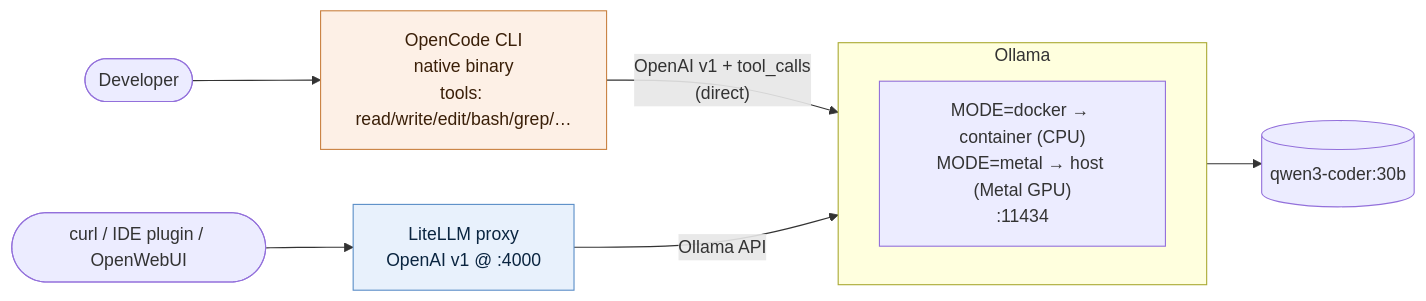
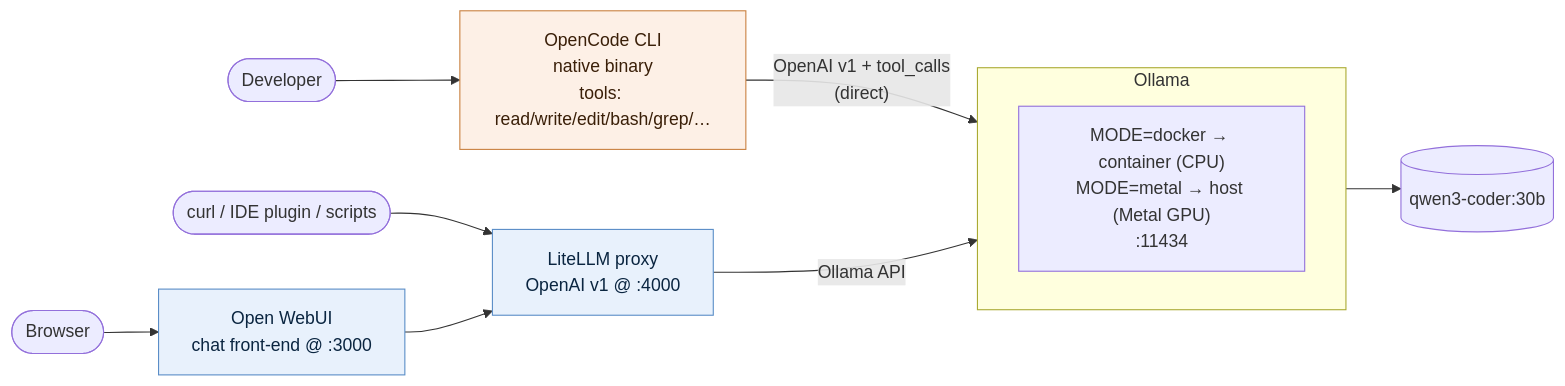
Before and after one commit to binRick/maude: the diagram in README.md, drawn with Mermaid. The commit also changed other lines of this file and 5 other files, not shown here.

First line of the commit message:
Add Open WebUI chat front-end + maude-branded theme

````diff
--- a/README.md
+++ b/README.md
@@ -141,23 +150,26 @@
 ```mermaid
 flowchart LR
     Dev([Developer])
-    Other([curl / IDE plugin / OpenWebUI])
+    Browser([Browser])
+    Other([curl / IDE plugin / scripts])
 
     Dev --> OC["OpenCode CLI<br/>native binary<br/>tools: read/write/edit/bash/grep/…"]
+    Browser --> WebUI["Open WebUI<br/>chat front-end @ :3000"]
     Other --> LiteLLM["LiteLLM proxy<br/>OpenAI v1 @ :4000"]
+    WebUI --> LiteLLM
 
     OC -- "OpenAI v1 + tool_calls<br/>(direct)" --> Ollama
     LiteLLM -- "Ollama API" --> Ollama
 
     subgraph backend["Ollama"]
         direction LR
         Ollama["MODE=docker → container (CPU)<br/>MODE=metal → host (Metal GPU)<br/>:11434"]
     end
 
     Ollama --> Model[("qwen3-coder:30b")]
 
     classDef host fill:#fdf0e6,stroke:#c98140,color:#3a1f08
     classDef container fill:#e8f1fc,stroke:#5a8dc7,color:#0a2540
     class OC host
-    class LiteLLM container
+    class LiteLLM,WebUI container
 ```
````
